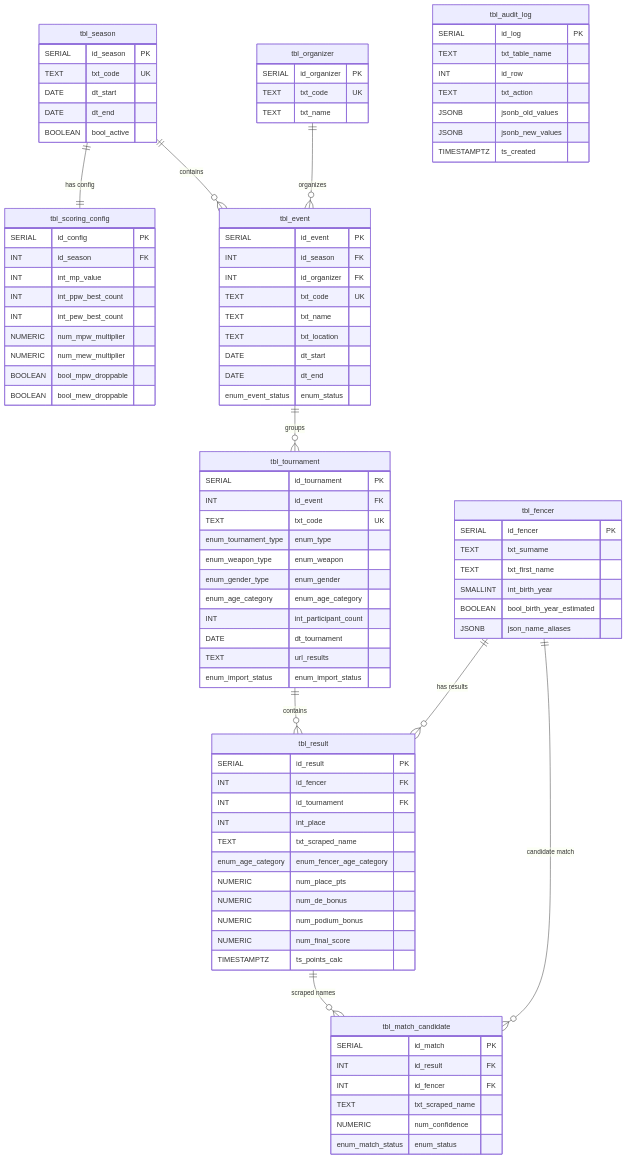
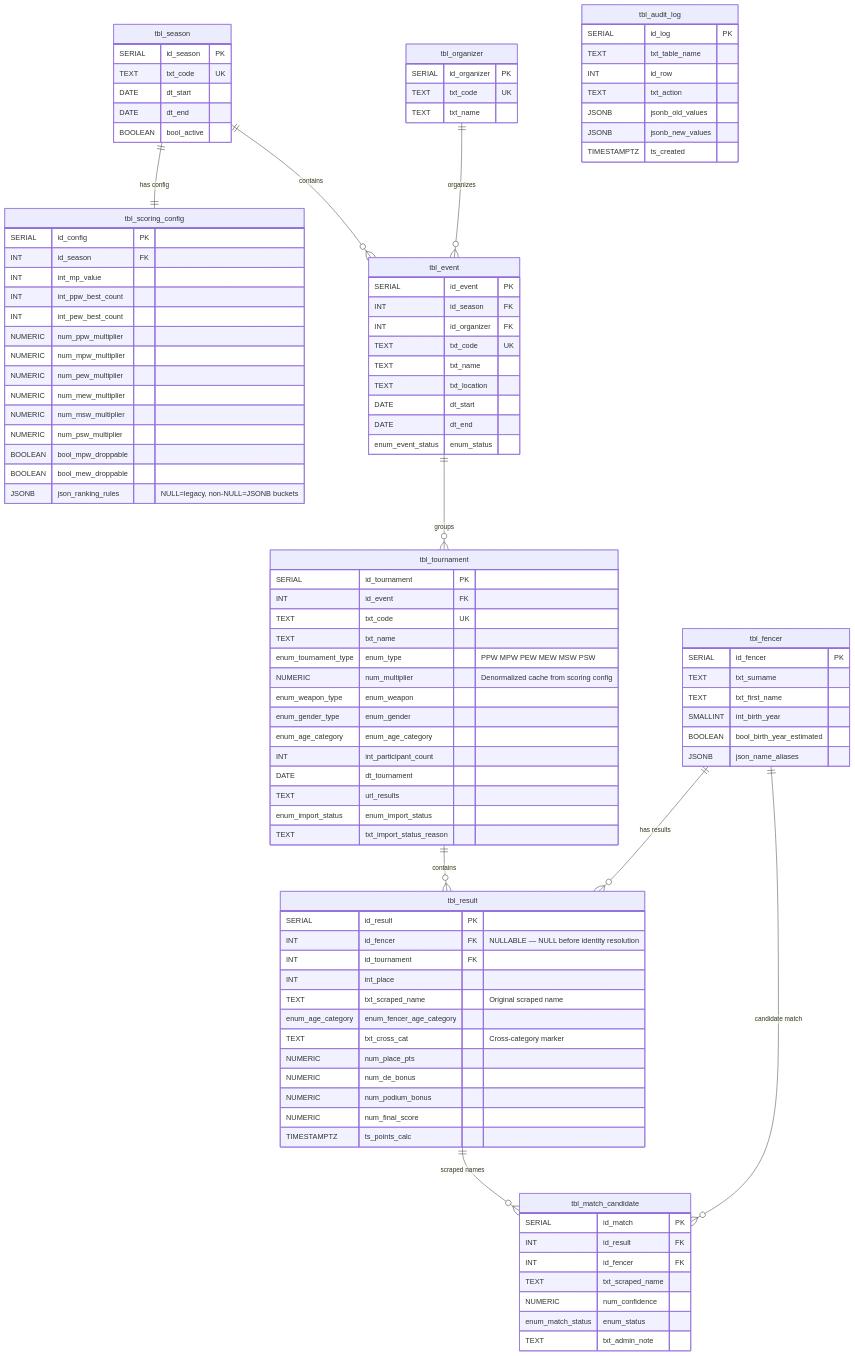
The second of 6 diagrams in doc/Project Specification. SPWS Automated Ranklist System.md (Fencer4Life/spws-automated-ranklist), drawn with Mermaid before and after one commit. The commit also changed other lines of this file and 30 other files, not shown here.

```diff
--- a/doc/Project Specification. SPWS Automated Ranklist System.md
+++ b/doc/Project Specification. SPWS Automated Ranklist System.md
@@ -643,10 +633,15 @@
         INT int_mp_value
         INT int_ppw_best_count
         INT int_pew_best_count
+        NUMERIC num_ppw_multiplier
         NUMERIC num_mpw_multiplier
+        NUMERIC num_pew_multiplier
         NUMERIC num_mew_multiplier
+        NUMERIC num_msw_multiplier
+        NUMERIC num_psw_multiplier
         BOOLEAN bool_mpw_droppable
         BOOLEAN bool_mew_droppable
+        JSONB json_ranking_rules "NULL=legacy, non-NULL=JSONB buckets"
     }
     tbl_organizer {
         SERIAL id_organizer PK
@@ -668,7 +663,9 @@
         SERIAL id_tournament PK
         INT id_event FK
         TEXT txt_code UK
-        enum_tournament_type enum_type
+        TEXT txt_name
+        enum_tournament_type enum_type "PPW MPW PEW MEW MSW PSW"
+        NUMERIC num_multiplier "Denormalized cache from scoring config"
         enum_weapon_type enum_weapon
         enum_gender_type enum_gender
         enum_age_category enum_age_category
@@ -676,6 +673,7 @@
         DATE dt_tournament
         TEXT url_results
         enum_import_status enum_import_status
+        TEXT txt_import_status_reason
     }
     tbl_fencer {
         SERIAL id_fencer PK
@@ -687,11 +685,12 @@
     }
     tbl_result {
         SERIAL id_result PK
-        INT id_fencer FK
+        INT id_fencer FK "NULLABLE — NULL before identity resolution"
         INT id_tournament FK
         INT int_place
-        TEXT txt_scraped_name
+        TEXT txt_scraped_name "Original scraped name"
         enum_age_category enum_fencer_age_category
+        TEXT txt_cross_cat "Cross-category marker"
         NUMERIC num_place_pts
         NUMERIC num_de_bonus
         NUMERIC num_podium_bonus
@@ -705,6 +704,7 @@
         TEXT txt_scraped_name
         NUMERIC num_confidence
         enum_match_status enum_status
+        TEXT txt_admin_note
     }
     tbl_audit_log {
         SERIAL id_log PK
```
